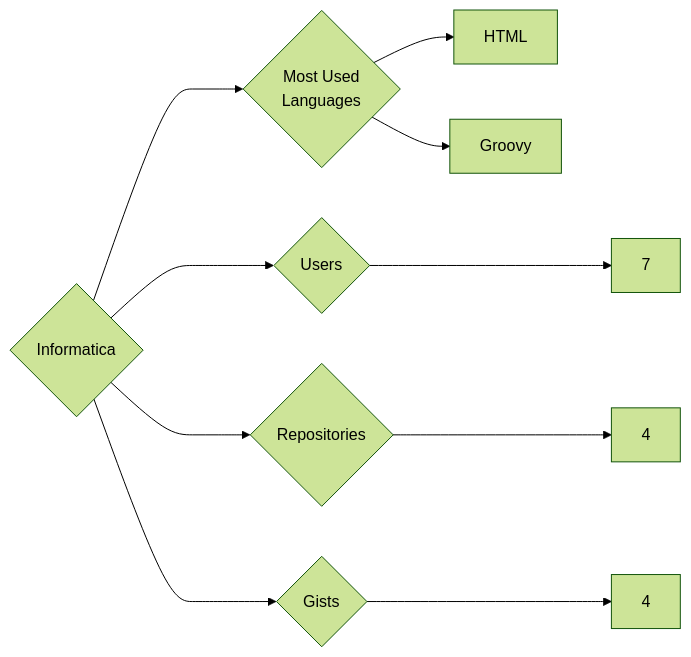
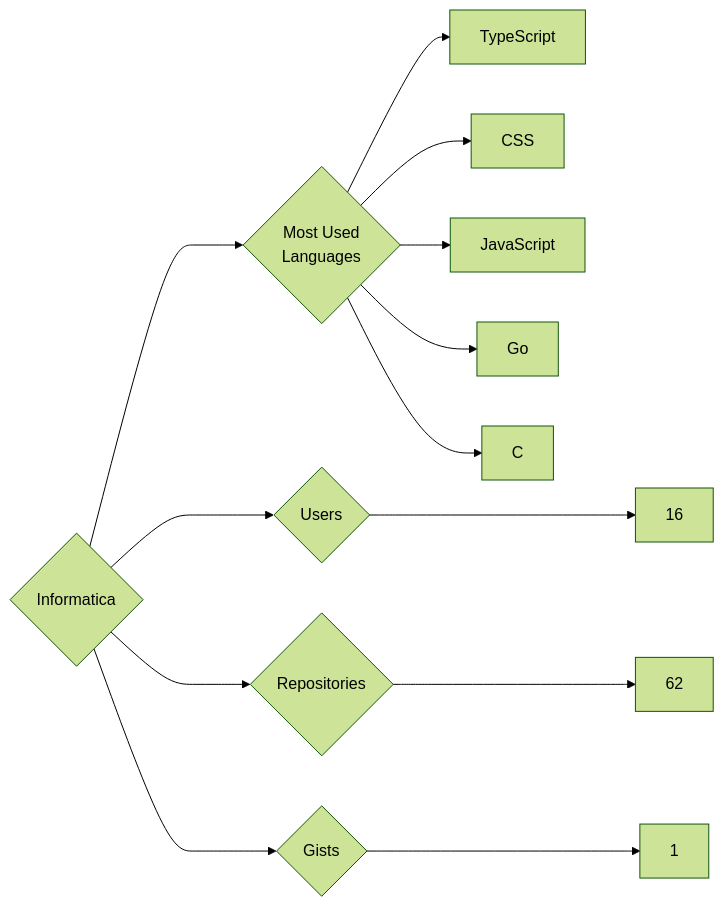
Before and after one commit to trickest/insiders: the diagram in targets/Informatica/README.md, drawn with Mermaid (forest theme). The commit also changed 1212 other files, not shown here.

````diff
--- a/targets/Informatica/README.md
+++ b/targets/Informatica/README.md
@@ -3,10 +3,13 @@
 ```mermaid
 graph LR
 COMPANY_NAME{Informatica}
-COMPANY_NAME ---> U{Users} ---> UN[7]
-COMPANY_NAME ---> R{Repositories} ---> RN[4]
-COMPANY_NAME ---> G{Gists} ---> GN[4]
+COMPANY_NAME ---> U{Users} ---> UN[16]
+COMPANY_NAME ---> R{Repositories} ---> RN[62]
+COMPANY_NAME ---> G{Gists} ---> GN[1]
 COMPANY_NAME ---> ML{Most Used<br>Languages}
-ML --> HTML[HTML]
-ML --> Groovy[Groovy]
+ML --> TypeScript[TypeScript]
+ML --> CSS[CSS]
+ML --> JavaScript[JavaScript]
+ML --> Go[Go]
+ML --> C[C]
 ```
````
